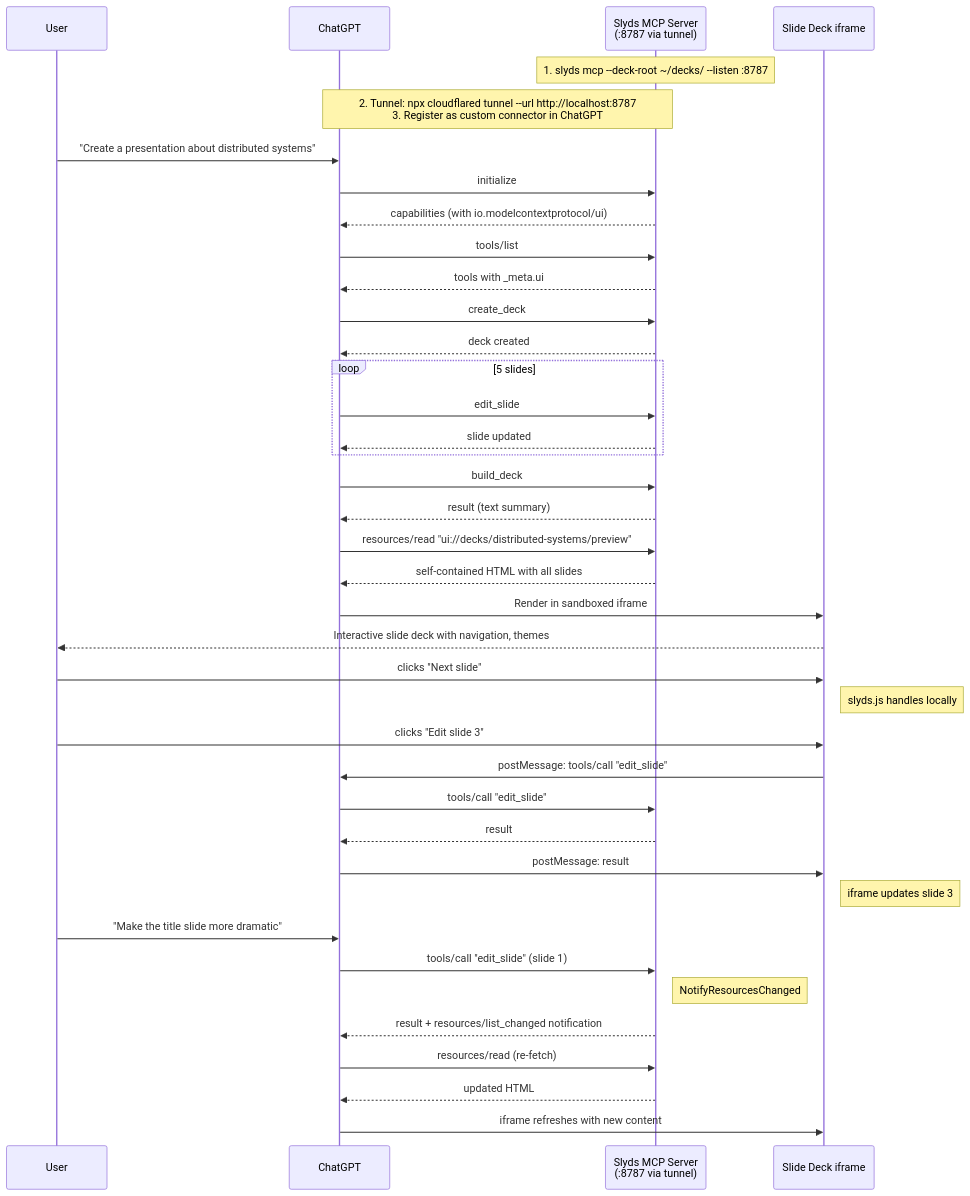
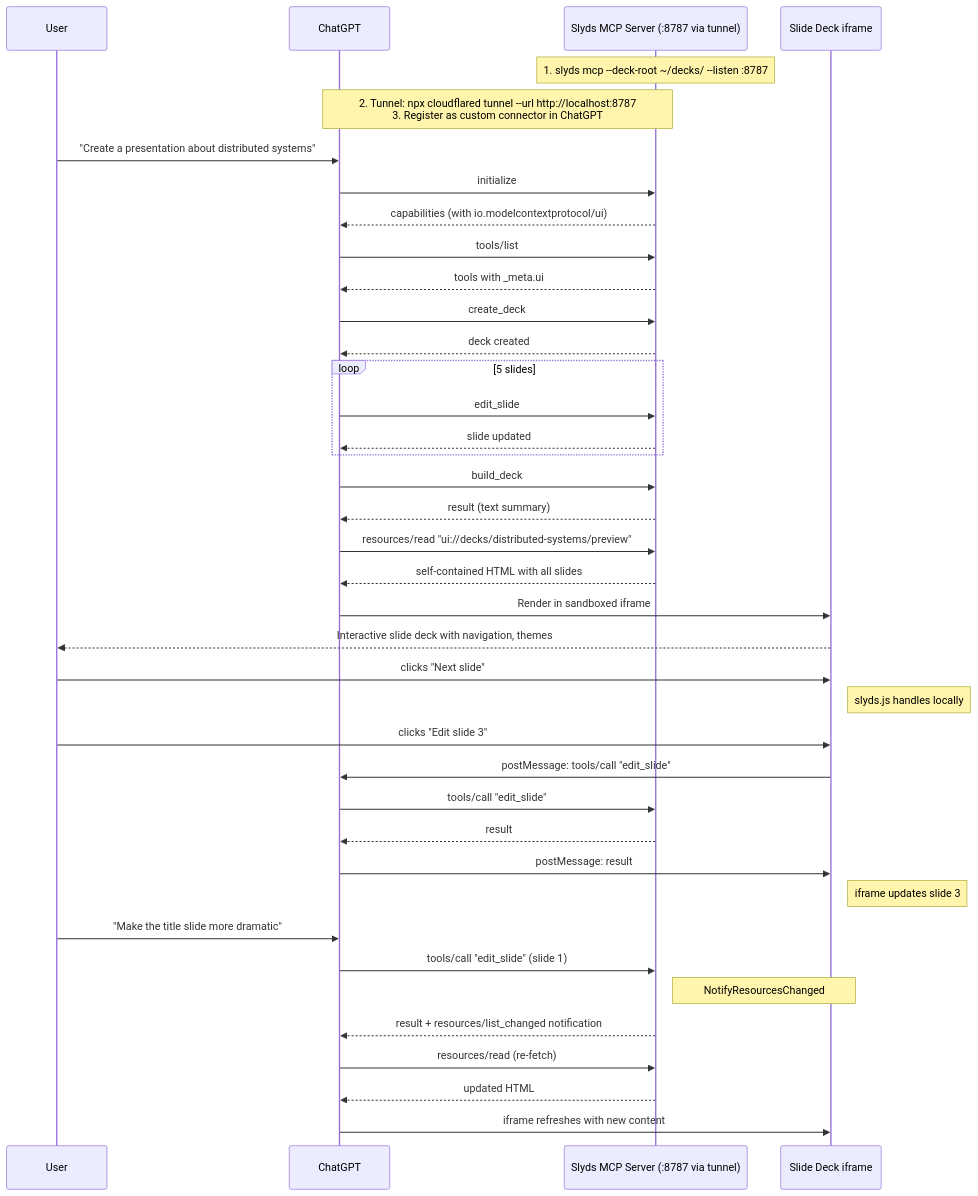
The seventh of 7 diagrams in docs/APPS_DESIGN.md (panyam/mcpkit), drawn with Mermaid before and after one commit. The commit also changed other lines of this file, not shown here.

First line of the commit message:
docs: convert ASCII sequence diagrams to mermaid in APPS_DESIGN.md and AUTH_DESIGN.md

````diff
--- a/docs/APPS_DESIGN.md
+++ b/docs/APPS_DESIGN.md
@@ -1243,49 +1243,49 @@
 ```mermaid
 sequenceDiagram
     participant User
     participant GPT as ChatGPT
-    participant Slyds as Slyds MCP Server<br/>(:8787 via tunnel)
+    participant Slyds as Slyds MCP Server (:8787 via tunnel)
     participant App as Slide Deck iframe
 
     Note over Slyds: 1. slyds mcp --deck-root ~/decks/ --listen :8787
     Note over GPT,Slyds: 2. Tunnel: npx cloudflared tunnel --url http://localhost:8787<br/>3. Register as custom connector in ChatGPT
 
     User->>GPT: "Create a presentation about distributed systems"
 
     GPT->>Slyds: initialize
     Slyds-->>GPT: capabilities (with io.modelcontextprotocol/ui)
     GPT->>Slyds: tools/list
     Slyds-->>GPT: tools with _meta.ui
     GPT->>Slyds: create_deck
     Slyds-->>GPT: deck created
     loop 5 slides
         GPT->>Slyds: edit_slide
         Slyds-->>GPT: slide updated
     end
     GPT->>Slyds: build_deck
     Slyds-->>GPT: result (text summary)
 
     GPT->>Slyds: resources/read "ui://decks/distributed-systems/preview"
     Slyds-->>GPT: self-contained HTML with all slides
 
     GPT->>App: Render in sandboxed iframe
     App-->>User: Interactive slide deck with navigation, themes
 
     User->>App: clicks "Next slide"
     Note right of App: slyds.js handles locally
 
     User->>App: clicks "Edit slide 3"
     App->>GPT: postMessage: tools/call "edit_slide"
     GPT->>Slyds: tools/call "edit_slide"
     Slyds-->>GPT: result
     GPT->>App: postMessage: result
     Note right of App: iframe updates slide 3
 
     User->>GPT: "Make the title slide more dramatic"
     GPT->>Slyds: tools/call "edit_slide" (slide 1)
     Note right of Slyds: NotifyResourcesChanged
     Slyds-->>GPT: result + resources/list_changed notification
     GPT->>Slyds: resources/read (re-fetch)
     Slyds-->>GPT: updated HTML
     GPT->>App: iframe refreshes with new content
 ```
````
